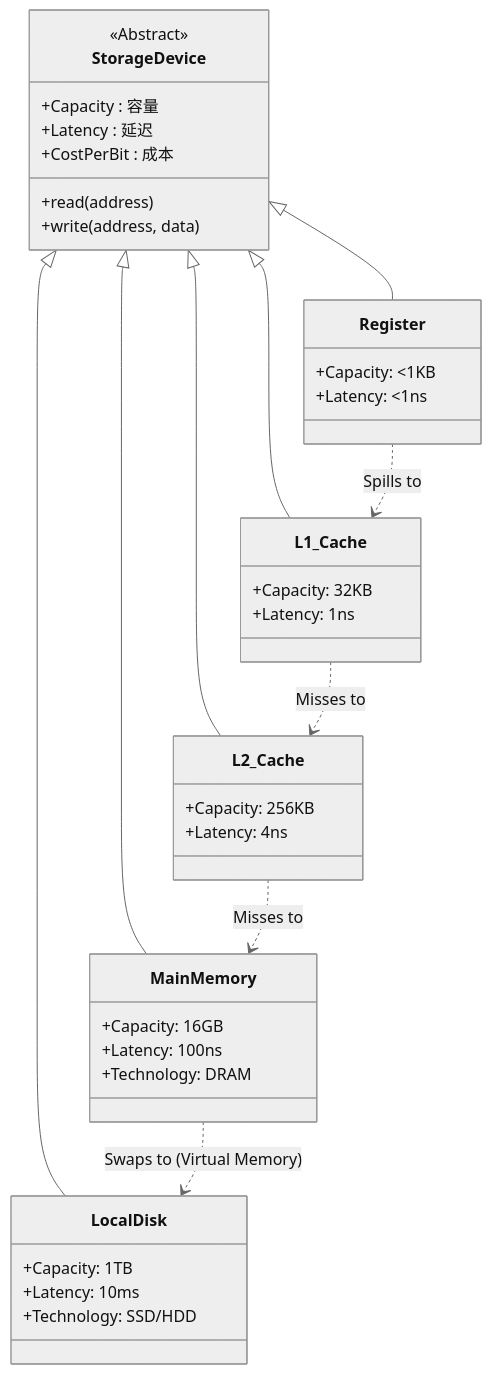
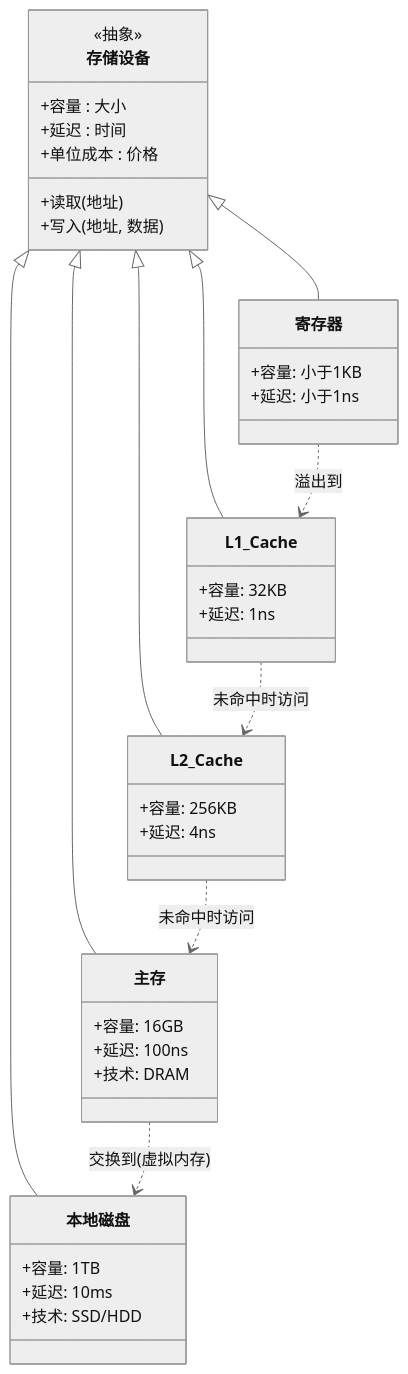
Before and after one commit to laoliu-463/-11: the diagram in 计算机组成原理/1-核心笔记/精简版/18-存储层次结构.md, drawn with Mermaid (neutral theme). The commit also changed other lines of this file and 6 other files, not shown here.

````diff
--- a/计算机组成原理/1-核心笔记/精简版/18-存储层次结构.md
+++ b/计算机组成原理/1-核心笔记/精简版/18-存储层次结构.md
@@ -12,53 +12,53 @@
 ```mermaid
 classDiagram
     %% 抽象基类
-    class StorageDevice {
-        <<Abstract>>
-        +Capacity : 容量
-        +Latency : 延迟
-        +CostPerBit : 成本
-        +read(address)
-        +write(address, data)
+    class 存储设备 {
+        <<抽象>>
+        +容量 : 大小
+        +延迟 : 时间
+        +单位成本 : 价格
+        +读取(地址)
+        +写入(地址, 数据)
     }
 
     %% 具体实现类
-    class Register {
-        +Capacity: <1KB
-        +Latency: <1ns
+    class 寄存器 {
+        +容量: 小于1KB
+        +延迟: 小于1ns
     }
     
     class L1_Cache {
-        +Capacity: 32KB
-        +Latency: 1ns
+        +容量: 32KB
+        +延迟: 1ns
     }
     
     class L2_Cache {
-        +Capacity: 256KB
-        +Latency: 4ns
+        +容量: 256KB
+        +延迟: 4ns
     }
     
-    class MainMemory {
-        +Capacity: 16GB
-        +Latency: 100ns
-        +Technology: DRAM
+    class 主存 {
+        +容量: 16GB
+        +延迟: 100ns
+        +技术: DRAM
     }
     
-    class LocalDisk {
-        +Capacity: 1TB
-        +Latency: 10ms
-        +Technology: SSD/HDD
+    class 本地磁盘 {
+        +容量: 1TB
+        +延迟: 10ms
+        +技术: SSD/HDD
     }
 
     %% 继承关系
-    StorageDevice <|-- Register
-    StorageDevice <|-- L1_Cache
-    StorageDevice <|-- L2_Cache
-    StorageDevice <|-- MainMemory
-    StorageDevice <|-- LocalDisk
+    存储设备 <|-- 寄存器
+    存储设备 <|-- L1_Cache
+    存储设备 <|-- L2_Cache
+    存储设备 <|-- 主存
+    存储设备 <|-- 本地磁盘
 
-    %% 缓存关系 (下一层是上一层的 Backing Store)
-    Register ..> L1_Cache : Spills to
-    L1_Cache ..> L2_Cache : Misses to
-    L2_Cache ..> MainMemory : Misses to
-    MainMemory ..> LocalDisk : Swaps to (Virtual Memory)
+    %% 缓存关系 (下一层是上一层的后备存储)
+    寄存器 ..> L1_Cache : 溢出到
+    L1_Cache ..> L2_Cache : 未命中时访问
+    L2_Cache ..> 主存 : 未命中时访问
+    主存 ..> 本地磁盘 : 交换到(虚拟内存)
 ```
````
